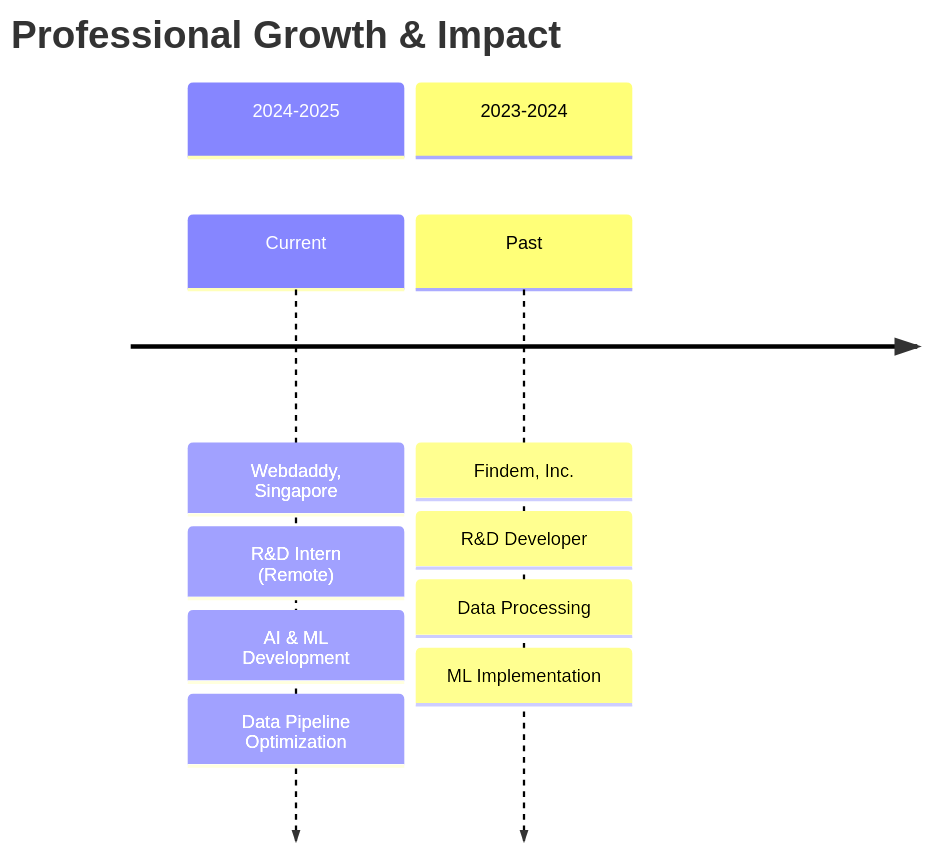
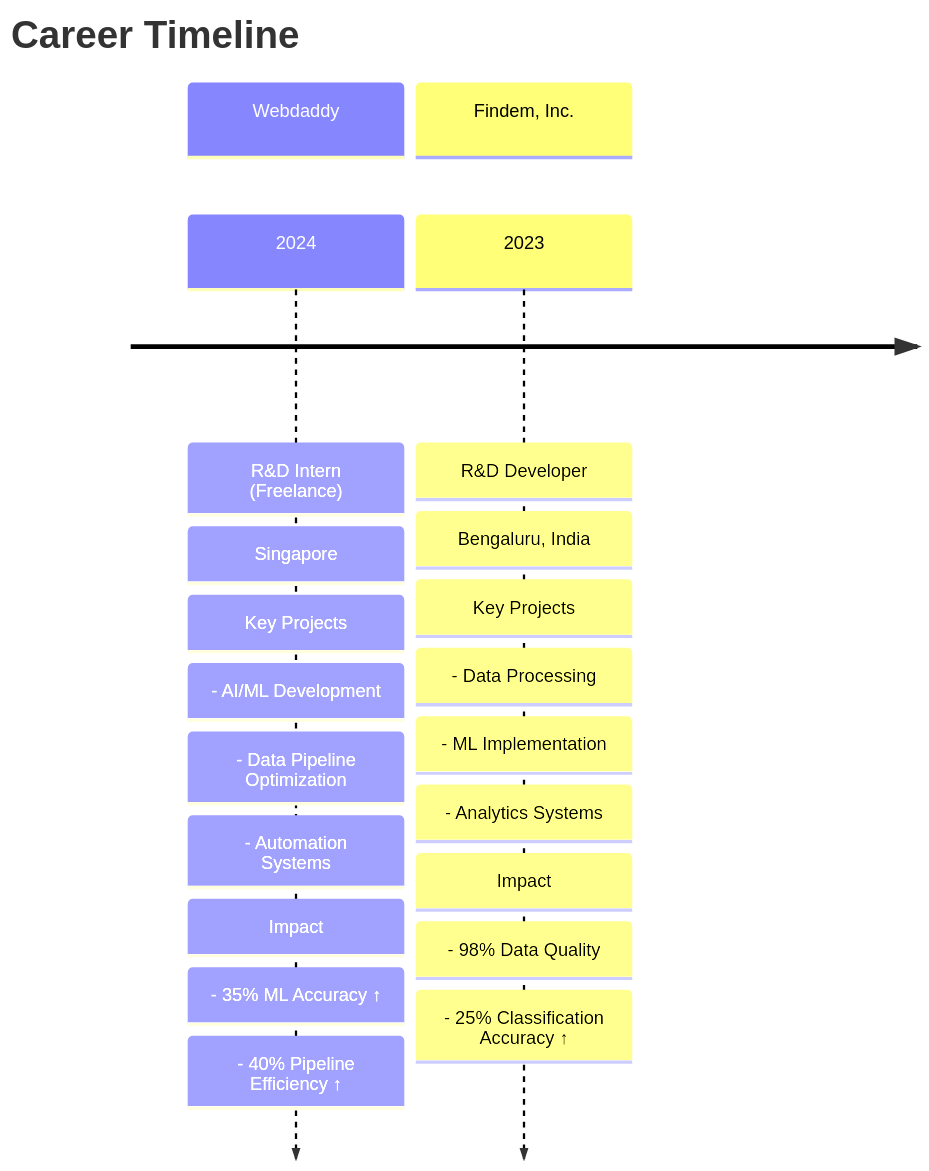
The fifth of 14 diagrams in README.md (saisrinivas194/saisrinivas194), drawn with Mermaid before and after one commit. The commit also changed other lines of this file, not shown here.

````diff
--- a/README.md
+++ b/README.md
@@ -167,14 +191,24 @@
 ```mermaid
 timeline
-    title Professional Growth & Impact
-    section 2024-2025
-        Current : Webdaddy, Singapore
-                : R&D Intern (Remote)
-                : AI & ML Development
-                : Data Pipeline Optimization
-    section 2023-2024
-        Past : Findem, Inc.
-             : R&D Developer
-             : Data Processing
-             : ML Implementation
+    title Career Timeline
+    section Webdaddy
+        2024 : R&D Intern (Freelance)
+             : Singapore
+             : Key Projects
+             : - AI/ML Development
+             : - Data Pipeline Optimization
+             : - Automation Systems
+             : Impact
+             : - 35% ML Accuracy ↑
+             : - 40% Pipeline Efficiency ↑
+    section Findem, Inc.
+        2023 : R&D Developer
+             : Bengaluru, India
+             : Key Projects
+             : - Data Processing
+             : - ML Implementation
+             : - Analytics Systems
+             : Impact
+             : - 98% Data Quality
+             : - 25% Classification Accuracy ↑
 ```
````
